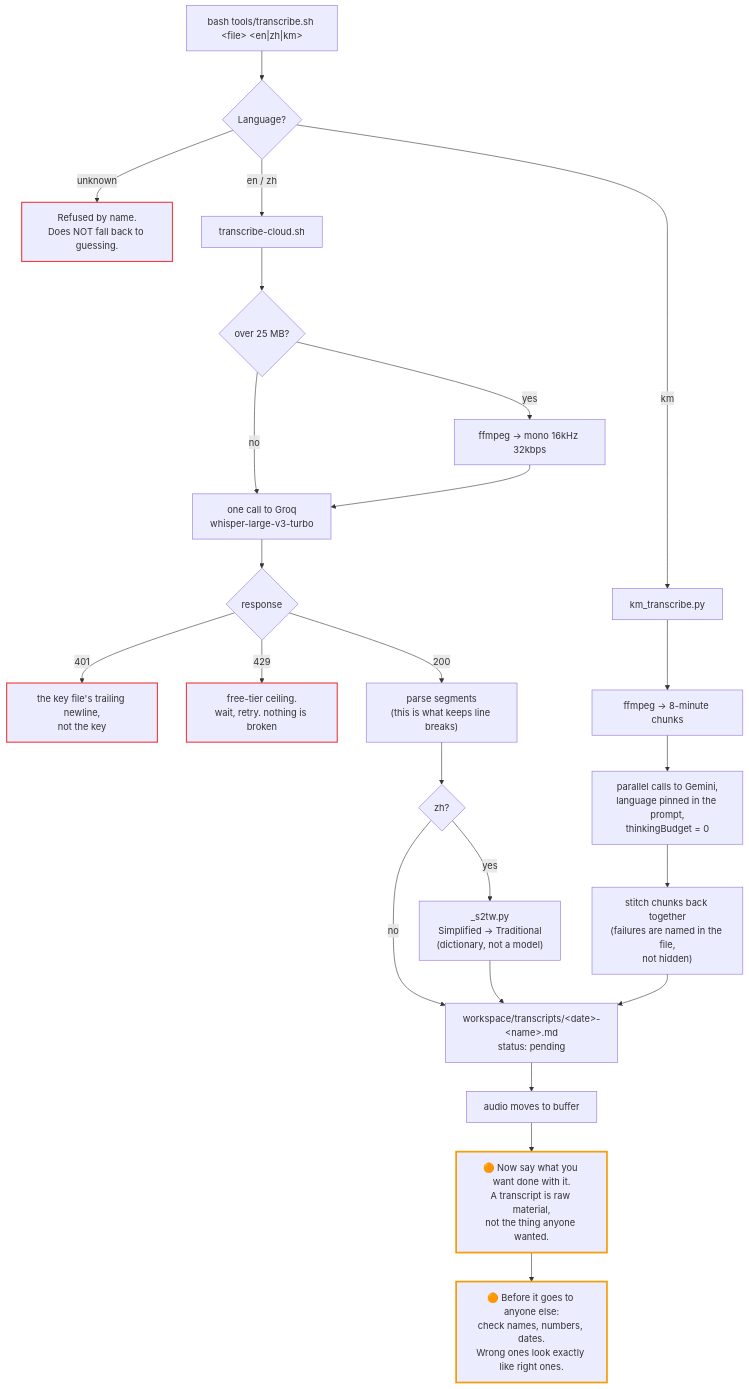
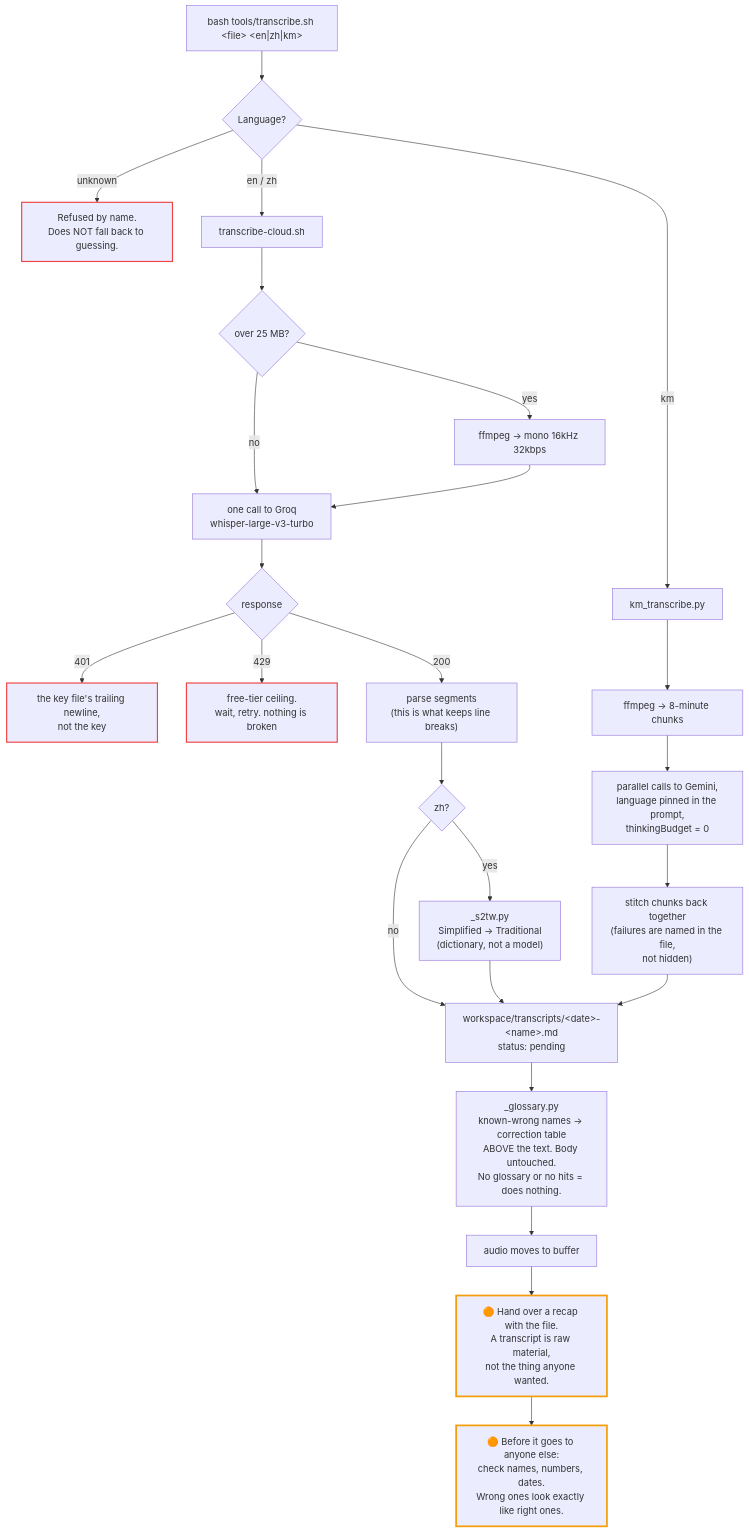
The second of 2 diagrams in workspace/.claude/skills/audio-transcribe/FLOW.md (ventusmediatw-cell/project-secretary), drawn with Mermaid before and after one commit. The commit also changed 7 other files, not shown here.

````diff
--- a/workspace/.claude/skills/audio-transcribe/FLOW.md
+++ b/workspace/.claude/skills/audio-transcribe/FLOW.md
@@ -49,38 +49,39 @@
 ```mermaid
 flowchart TD
   IN["bash tools/transcribe.sh &lt;file&gt; &lt;en|zh|km&gt;"] --> CHK{"Language?"}
 
   CHK -->|"unknown"| REJ["Refused by name.<br/>Does NOT fall back to guessing."]
   CHK -->|"km"| KM["km_transcribe.py"]
   CHK -->|"en / zh"| CLOUD["transcribe-cloud.sh"]
 
   CLOUD --> SIZE{"over 25 MB?"}
   SIZE -->|"yes"| COMP["ffmpeg → mono 16kHz 32kbps"]
   SIZE -->|"no"| CALL
   COMP --> CALL["one call to Groq<br/>whisper-large-v3-turbo"]
 
   CALL --> ERR{"response"}
   ERR -->|"401"| E401["the key file's trailing newline,<br/>not the key"]
   ERR -->|"429"| E429["free-tier ceiling.<br/>wait, retry. nothing is broken"]
   ERR -->|"200"| SEG["parse segments<br/>(this is what keeps line breaks)"]
 
   SEG --> ZH{"zh?"}
   ZH -->|"yes"| S2TW["_s2tw.py<br/>Simplified → Traditional<br/>(dictionary, not a model)"]
   ZH -->|"no"| WRITE
   S2TW --> WRITE
 
   KM --> SPLIT["ffmpeg → 8-minute chunks"]
   SPLIT --> PAR["parallel calls to Gemini,<br/>language pinned in the prompt,<br/>thinkingBudget = 0"]
   PAR --> STITCH["stitch chunks back together<br/>(failures are named in the file,<br/>not hidden)"]
   STITCH --> WRITE
 
   WRITE["workspace/transcripts/&lt;date&gt;-&lt;name&gt;.md<br/>status: pending"]
-  WRITE --> BUF["audio moves to buffer"]
-  BUF --> HUMAN["🟠 Now say what you want done with it.<br/>A transcript is raw material,<br/>not the thing anyone wanted."]
+  WRITE --> GLOSS["_glossary.py<br/>known-wrong names → correction table<br/>ABOVE the text. Body untouched.<br/>No glossary or no hits = does nothing."]
+  GLOSS --> BUF["audio moves to buffer"]
+  BUF --> HUMAN["🟠 Hand over a recap with the file.<br/>A transcript is raw material,<br/>not the thing anyone wanted."]
   HUMAN --> CHECKN["🟠 Before it goes to anyone else:<br/>check names, numbers, dates.<br/>Wrong ones look exactly like right ones."]
 
   classDef gate stroke:#f59e0b,stroke-width:3px;
   classDef bad stroke:#ef4444,stroke-width:2px;
   class HUMAN,CHECKN gate;
   class REJ,E401,E429 bad;
 ```
````
